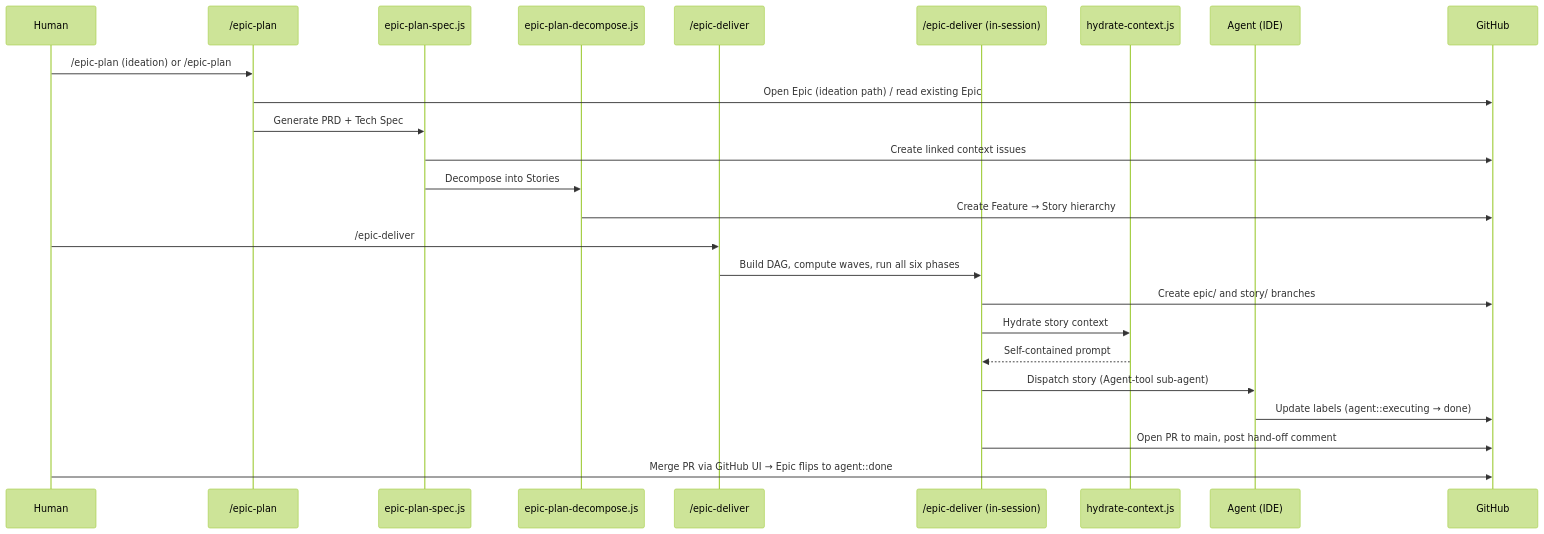
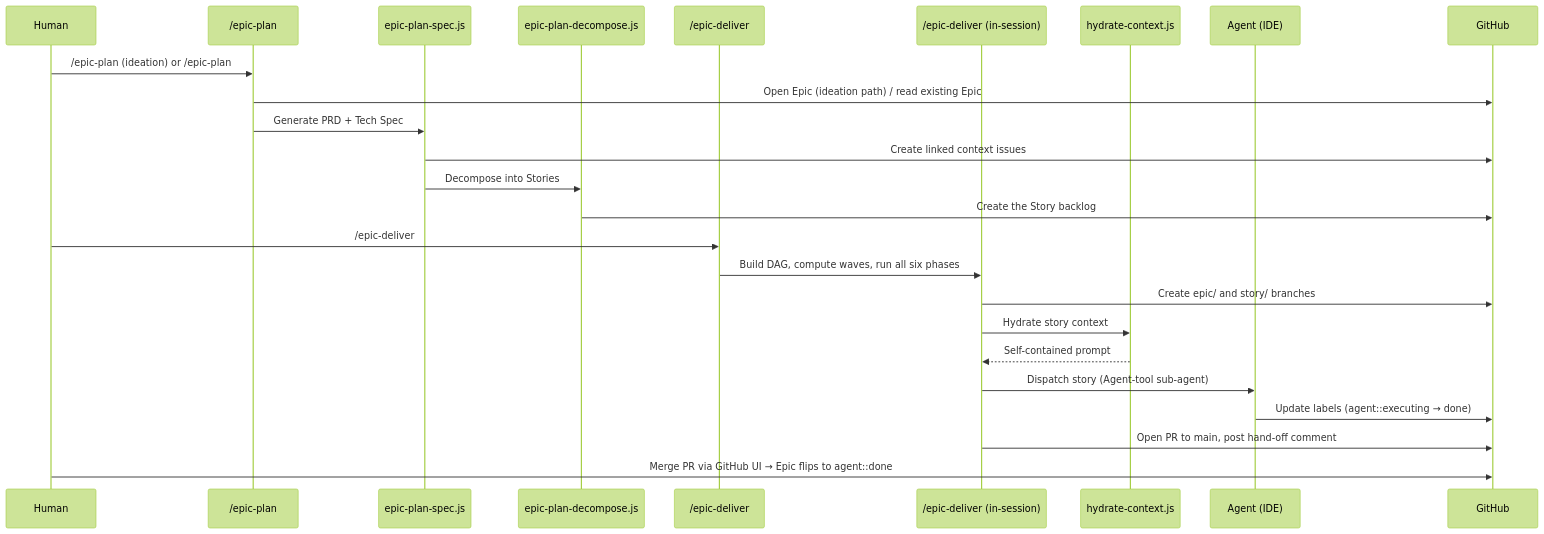
Before and after one commit to dsj1984/mandrel: the sixth of 7 diagrams in docs/architecture.md, drawn with Mermaid (forest theme). The commit also changed other lines of this file and 49 other files, not shown here.

````diff
--- a/docs/architecture.md
+++ b/docs/architecture.md
@@ -580,29 +580,29 @@
 ```mermaid
 sequenceDiagram
     participant H as Human
     participant P as /epic-plan
     participant EP as epic-plan-spec.js
     participant TD as epic-plan-decompose.js
     participant D as /epic-deliver
     participant EDR as /epic-deliver (in-session)
     participant CH as hydrate-context.js
     participant A as Agent (IDE)
     participant GH as GitHub
 
     H->>P: /epic-plan (ideation) or /epic-plan #EPIC
     P->>GH: Open Epic (ideation path) / read existing Epic
     P->>EP: Generate PRD + Tech Spec
     EP->>GH: Create linked context issues
     EP->>TD: Decompose into Stories
-    TD->>GH: Create Feature → Story hierarchy
+    TD->>GH: Create the Story backlog
 
     H->>D: /epic-deliver #EPIC
     D->>EDR: Build DAG, compute waves, run all six phases
     EDR->>GH: Create epic/ and story/ branches
     EDR->>CH: Hydrate story context
     CH-->>EDR: Self-contained prompt
     EDR->>A: Dispatch story (Agent-tool sub-agent)
     A->>GH: Update labels (agent::executing → done)
     EDR->>GH: Open PR to main, post hand-off comment
     H->>GH: Merge PR via GitHub UI → Epic flips to agent::done
 ```
````
